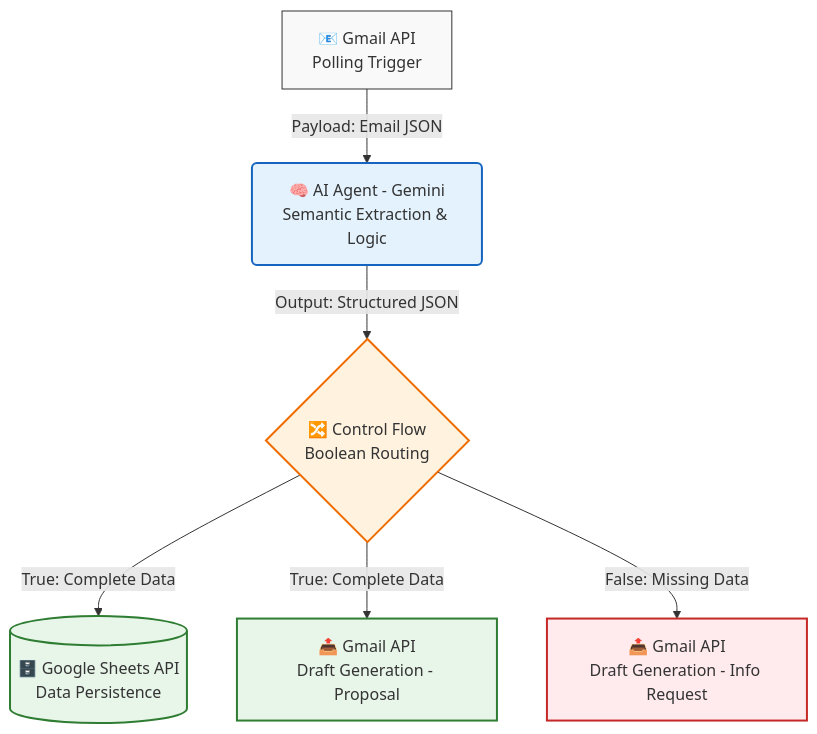
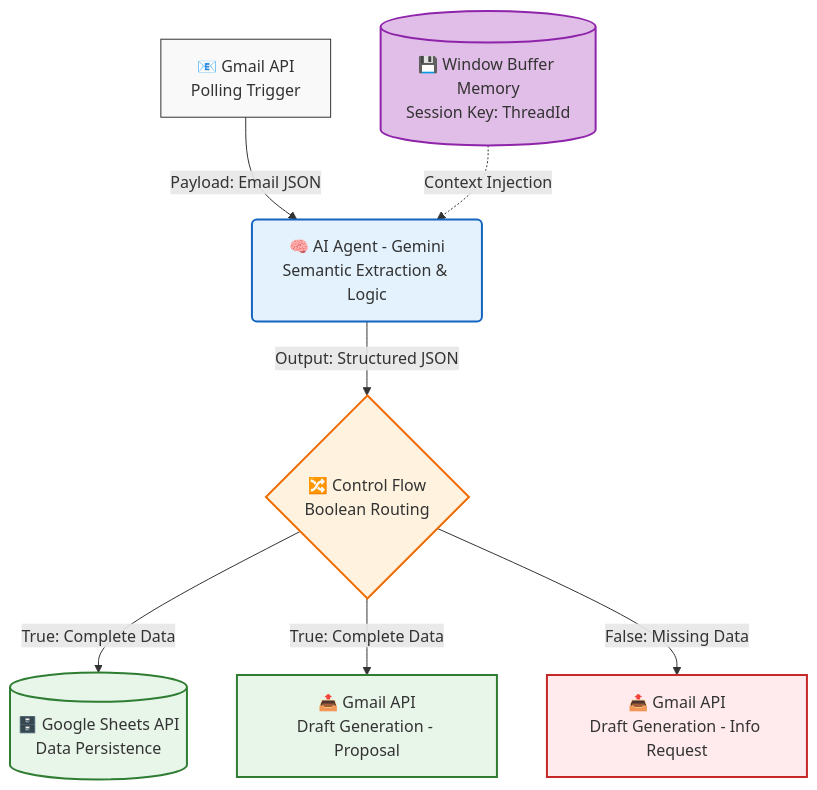
One commit to LysaJPDataLab/n8n-ai-agent-climanorte changed the diagram in README.md. Above: the diagram before and after it, drawn with Mermaid. The commit also changed other lines of this file, not shown here.

````diff
--- a/README.md
+++ b/README.md
@@ -70,27 +72,32 @@
 ```mermaid
 graph TD
     %% Definição de Nós
     A[📧 Gmail API<br>Polling Trigger] -->|Payload: Email JSON| B(🧠 AI Agent - Gemini<br>Semantic Extraction & Logic)
+    
+    %% Nó de Memória
+    M[(💾 Window Buffer Memory<br>Session Key: ThreadId)] -.->|Context Injection| B
     
     B -->|Output: Structured JSON| C{🔀 Control Flow<br>Boolean Routing}
     
     %% Caminho True (Paralelo)
     C -->|True: Complete Data| D[(🗄️ Google Sheets API<br>Data Persistence)]
     C -->|True: Complete Data| E[📤 Gmail API<br>Draft Generation - Proposal]
     
     %% Caminho False
     C -->|False: Missing Data| F[📤 Gmail API<br>Draft Generation - Info Request]
 
     %% Estilização (Classes)
     classDef trigger fill:#f9f9f9,stroke:#333,stroke-width:1px;
     classDef agent fill:#e3f2fd,stroke:#1565c0,stroke-width:2px;
+    classDef memory fill:#e1bee7,stroke:#8e24aa,stroke-width:2px;
     classDef decision fill:#fff3e0,stroke:#ef6c00,stroke-width:2px;
     classDef data fill:#e8f5e9,stroke:#2e7d32,stroke-width:2px;
     classDef action fill:#ffebee,stroke:#c62828,stroke-width:2px;
 
     class A trigger;
     class B agent;
+    class M memory;
     class C decision;
     class D,E data;
     class F action;
 ```
````
